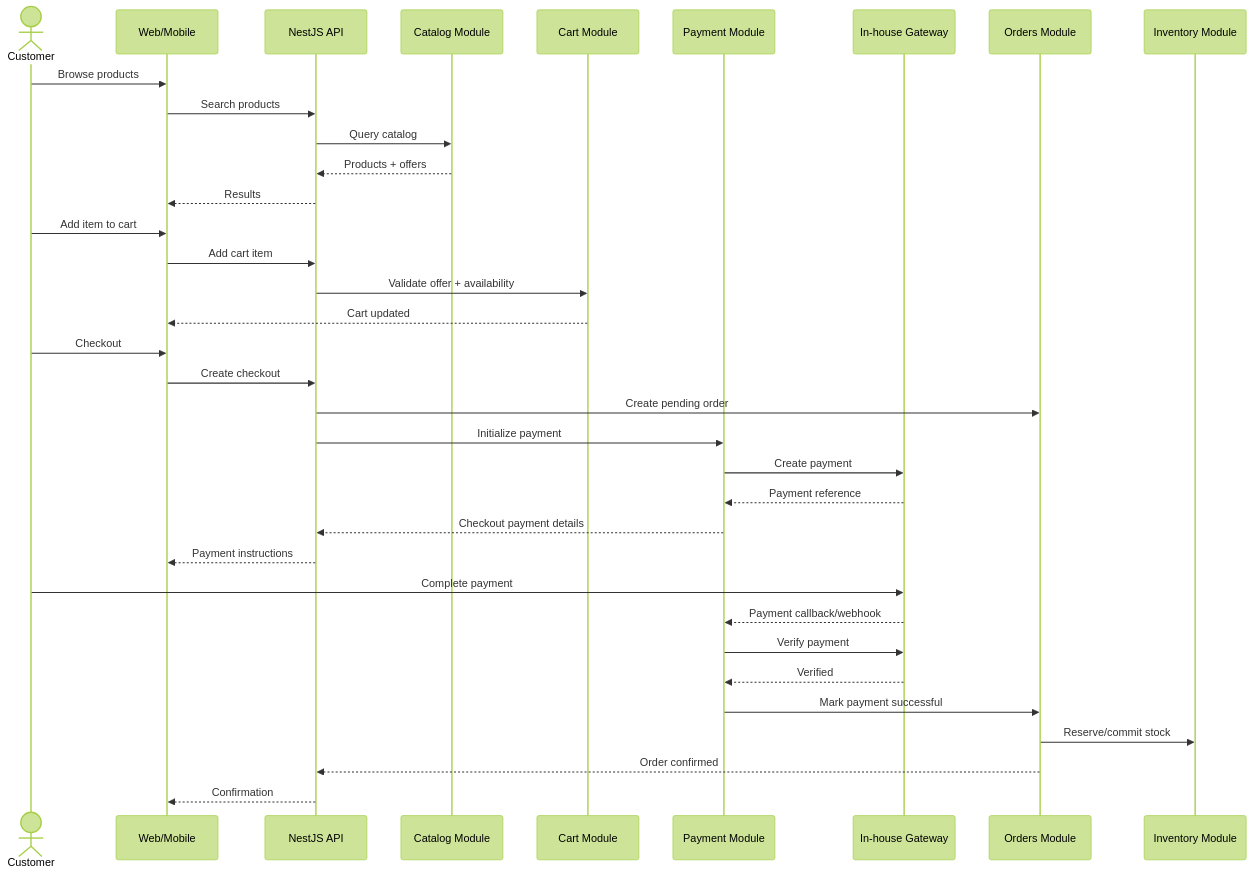
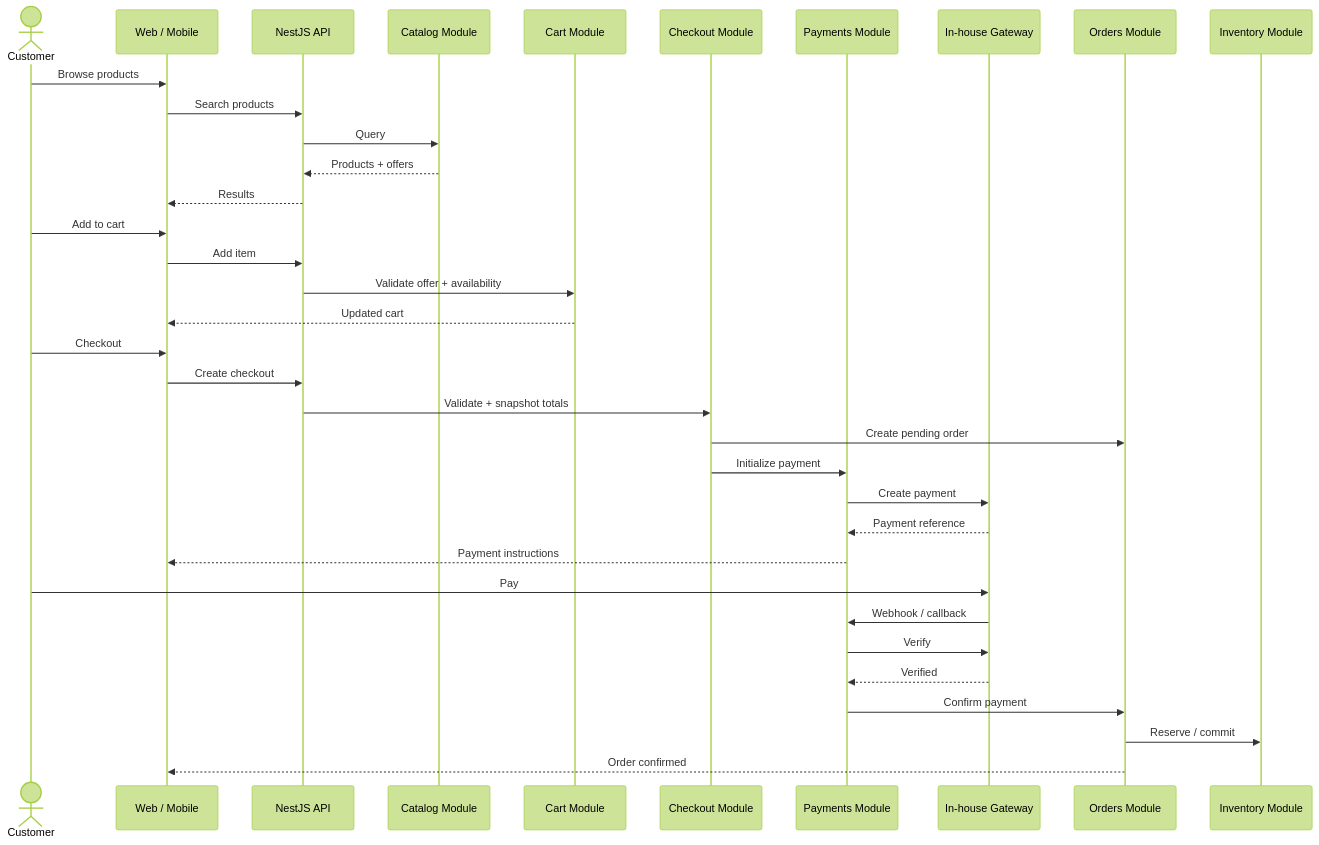
The third of 9 diagrams in README.md (Izyane-InovSolutions/commerce), drawn with Mermaid (forest theme) before and after one commit. The commit also changed other lines of this file, not shown here.

Commit message:
docs: finalize NestJS modular monolith architecture

````diff
--- a/README.md
+++ b/README.md
@@ -469,41 +272,41 @@
 ```mermaid
 sequenceDiagram
     actor Customer
-    participant Web as Web/Mobile
+    participant Client as Web / Mobile
     participant API as NestJS API
     participant Catalog as Catalog Module
     participant Cart as Cart Module
-    participant Payment as Payment Module
+    participant Checkout as Checkout Module
+    participant Payment as Payments Module
     participant Gateway as In-house Gateway
-    participant Order as Orders Module
+    participant Orders as Orders Module
     participant Inventory as Inventory Module
 
-    Customer->>Web: Browse products
-    Web->>API: Search products
-    API->>Catalog: Query catalog
+    Customer->>Client: Browse products
+    Client->>API: Search products
+    API->>Catalog: Query
     Catalog-->>API: Products + offers
-    API-->>Web: Results
+    API-->>Client: Results
 
-    Customer->>Web: Add item to cart
-    Web->>API: Add cart item
+    Customer->>Client: Add to cart
+    Client->>API: Add item
     API->>Cart: Validate offer + availability
-    Cart-->>Web: Cart updated
+    Cart-->>Client: Updated cart
 
-    Customer->>Web: Checkout
-    Web->>API: Create checkout
-    API->>Order: Create pending order
-    API->>Payment: Initialize payment
+    Customer->>Client: Checkout
+    Client->>API: Create checkout
+    API->>Checkout: Validate + snapshot totals
+    Checkout->>Orders: Create pending order
+    Checkout->>Payment: Initialize payment
     Payment->>Gateway: Create payment
     Gateway-->>Payment: Payment reference
-    Payment-->>API: Checkout payment details
-    API-->>Web: Payment instructions
+    Payment-->>Client: Payment instructions
 
-    Customer->>Gateway: Complete payment
-    Gateway-->>Payment: Payment callback/webhook
-    Payment->>Gateway: Verify payment
+    Customer->>Gateway: Pay
+    Gateway->>Payment: Webhook / callback
+    Payment->>Gateway: Verify
     Gateway-->>Payment: Verified
-    Payment->>Order: Mark payment successful
-    Order->>Inventory: Reserve/commit stock
-    Order-->>API: Order confirmed
-    API-->>Web: Confirmation
+    Payment->>Orders: Confirm payment
+    Orders->>Inventory: Reserve / commit
+    Orders-->>Client: Order confirmed
 ```
````
